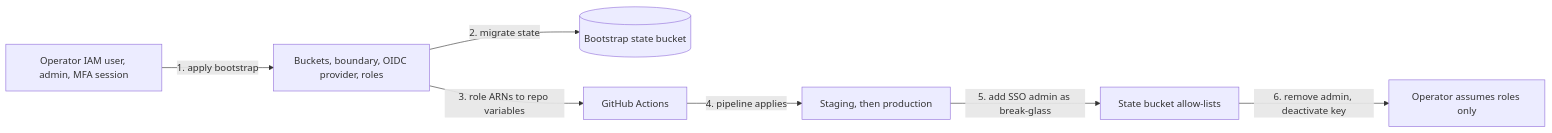
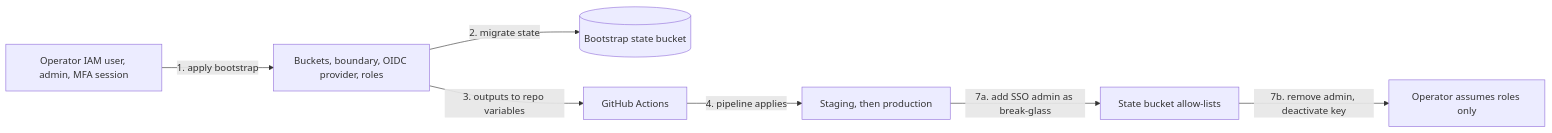
One commit to The-AgenticFlow/Openflows-Infra changed the diagram in docs/RUNBOOK-aws.md. Above: the diagram before and after it, drawn with Mermaid. The commit also changed other lines of this file and 10 other files, not shown here.

````diff
--- a/docs/RUNBOOK-aws.md
+++ b/docs/RUNBOOK-aws.md
@@ -81,9 +96,9 @@
 ```mermaid
 flowchart LR
     U["Operator IAM user, admin, MFA session"] -->|"1. apply bootstrap"| BOOT["Buckets, boundary, OIDC provider, roles"]
     BOOT -->|"2. migrate state"| BB[("Bootstrap state bucket")]
-    BOOT -->|"3. role ARNs to repo variables"| GH["GitHub Actions"]
+    BOOT -->|"3. outputs to repo variables"| GH["GitHub Actions"]
     GH -->|"4. pipeline applies"| ENV["Staging, then production"]
-    ENV -->|"5. add SSO admin as break-glass"| BG["State bucket allow-lists"]
-    BG -->|"6. remove admin, deactivate key"| U2["Operator assumes roles only"]
+    ENV -->|"7a. add SSO admin as break-glass"| BG["State bucket allow-lists"]
+    BG -->|"7b. remove admin, deactivate key"| U2["Operator assumes roles only"]
 ```
````
